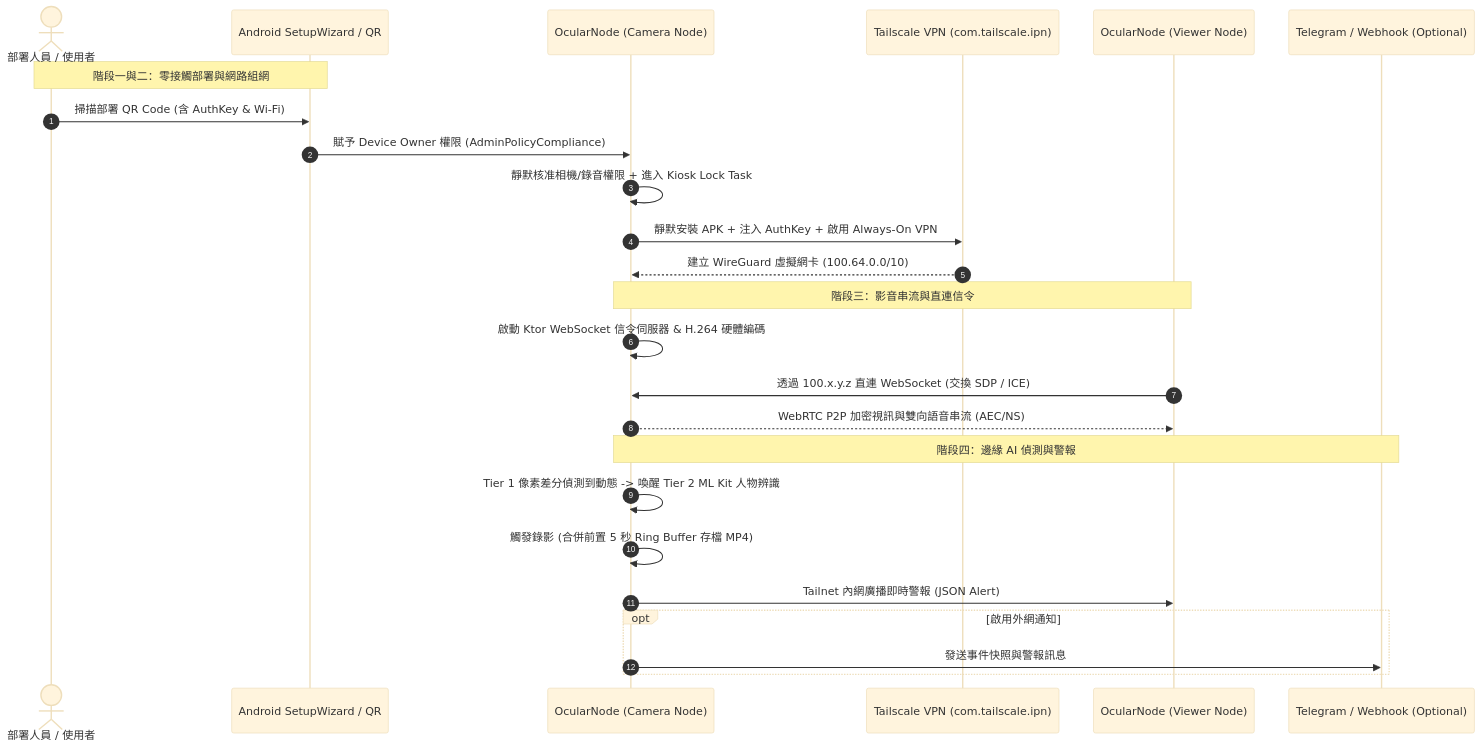
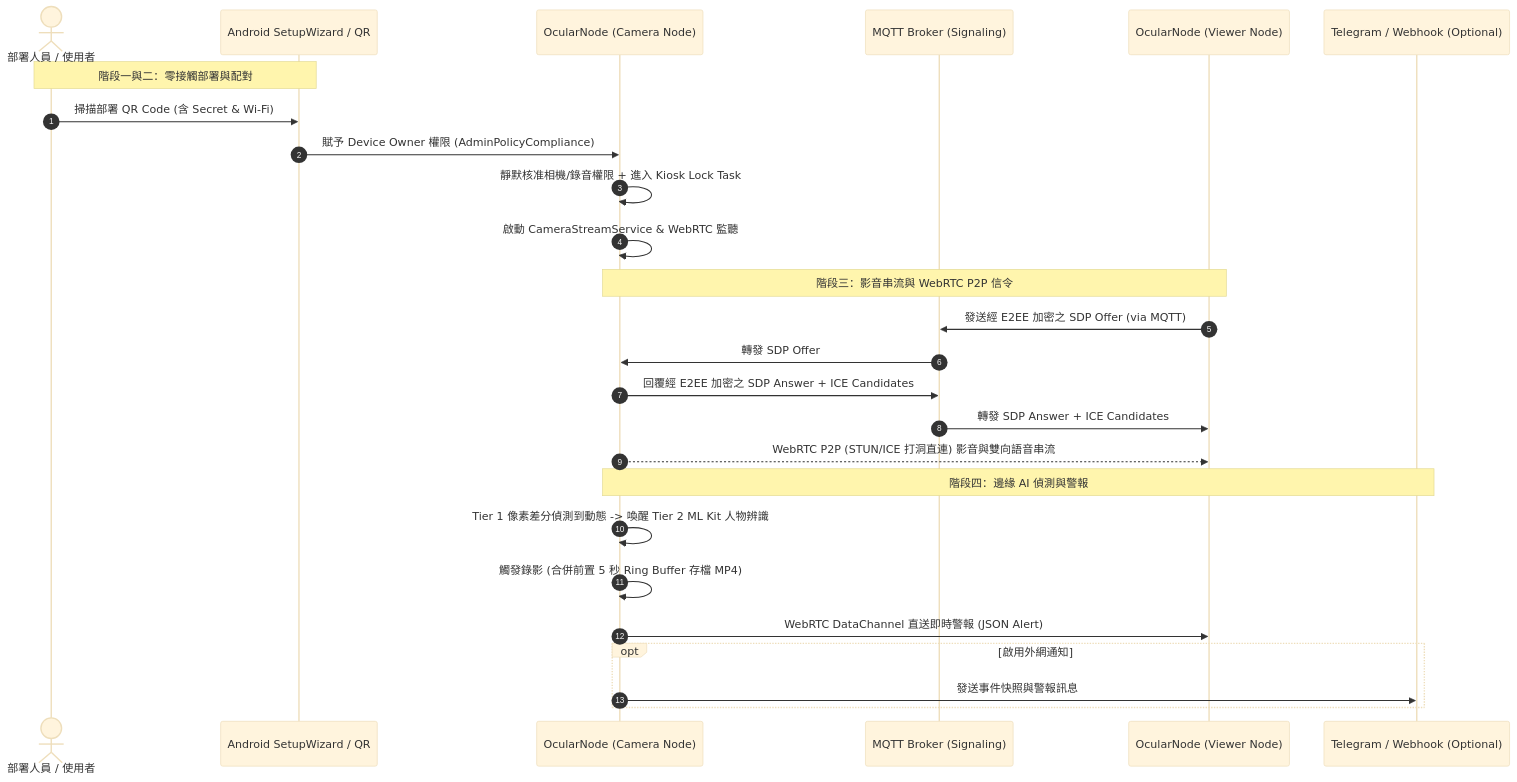
The second of 2 diagrams in ARCHITECTURE.md (iokkai/OcularNode), drawn with Mermaid (base theme) before and after one commit. The commit also changed other lines of this file and 40 other files, not shown here.

First line of the commit message:
refactor(network): remove all Tailscale dependencies in favor of pure WebRTC P2P and LAN mode

````diff
--- a/ARCHITECTURE.md
+++ b/ARCHITECTURE.md
@@ -148,30 +138,31 @@
 ```mermaid
 sequenceDiagram
     autonumber
     actor Admin as 部署人員 / 使用者
     participant Setup as Android SetupWizard / QR
     participant App as OcularNode (Camera Node)
-    participant TS as Tailscale VPN (com.tailscale.ipn)
+    participant MQTT as MQTT Broker (Signaling)
     participant Viewer as OcularNode (Viewer Node)
     participant TG as Telegram / Webhook (Optional)
 
-    Note over Admin, Setup: 階段一與二：零接觸部署與網路組網
-    Admin->>Setup: 掃描部署 QR Code (含 AuthKey & Wi-Fi)
+    Note over Admin, Setup: 階段一與二：零接觸部署與配對
+    Admin->>Setup: 掃描部署 QR Code (含 Secret & Wi-Fi)
     Setup->>App: 賦予 Device Owner 權限 (AdminPolicyCompliance)
     App->>App: 靜默核准相機/錄音權限 + 進入 Kiosk Lock Task
-    App->>TS: 靜默安裝 APK + 注入 AuthKey + 啟用 Always-On VPN
-    TS-->>App: 建立 WireGuard 虛擬網卡 (100.64.0.0/10)
+    App->>App: 啟動 CameraStreamService & WebRTC 監聽
 
-    Note over App, Viewer: 階段三：影音串流與直連信令
-    App->>App: 啟動 Ktor WebSocket 信令伺服器 & H.264 硬體編碼
-    Viewer->>App: 透過 100.x.y.z 直連 WebSocket (交換 SDP / ICE)
-    App-->>Viewer: WebRTC P2P 加密視訊與雙向語音串流 (AEC/NS)
+    Note over App, Viewer: 階段三：影音串流與 WebRTC P2P 信令
+    Viewer->>MQTT: 發送經 E2EE 加密之 SDP Offer (via MQTT)
+    MQTT->>App: 轉發 SDP Offer
+    App->>MQTT: 回覆經 E2EE 加密之 SDP Answer + ICE Candidates
+    MQTT->>Viewer: 轉發 SDP Answer + ICE Candidates
+    App-->>Viewer: WebRTC P2P (STUN/ICE 打洞直連) 影音與雙向語音串流
 
     Note over App, TG: 階段四：邊緣 AI 偵測與警報
     App->>App: Tier 1 像素差分偵測到動態 -> 喚醒 Tier 2 ML Kit 人物辨識
     App->>App: 觸發錄影 (合併前置 5 秒 Ring Buffer 存檔 MP4)
-    App->>Viewer: Tailnet 內網廣播即時警報 (JSON Alert)
+    App->>Viewer: WebRTC DataChannel 直送即時警報 (JSON Alert)
     opt 啟用外網通知
         App->>TG: 發送事件快照與警報訊息
     end
 ```
````
